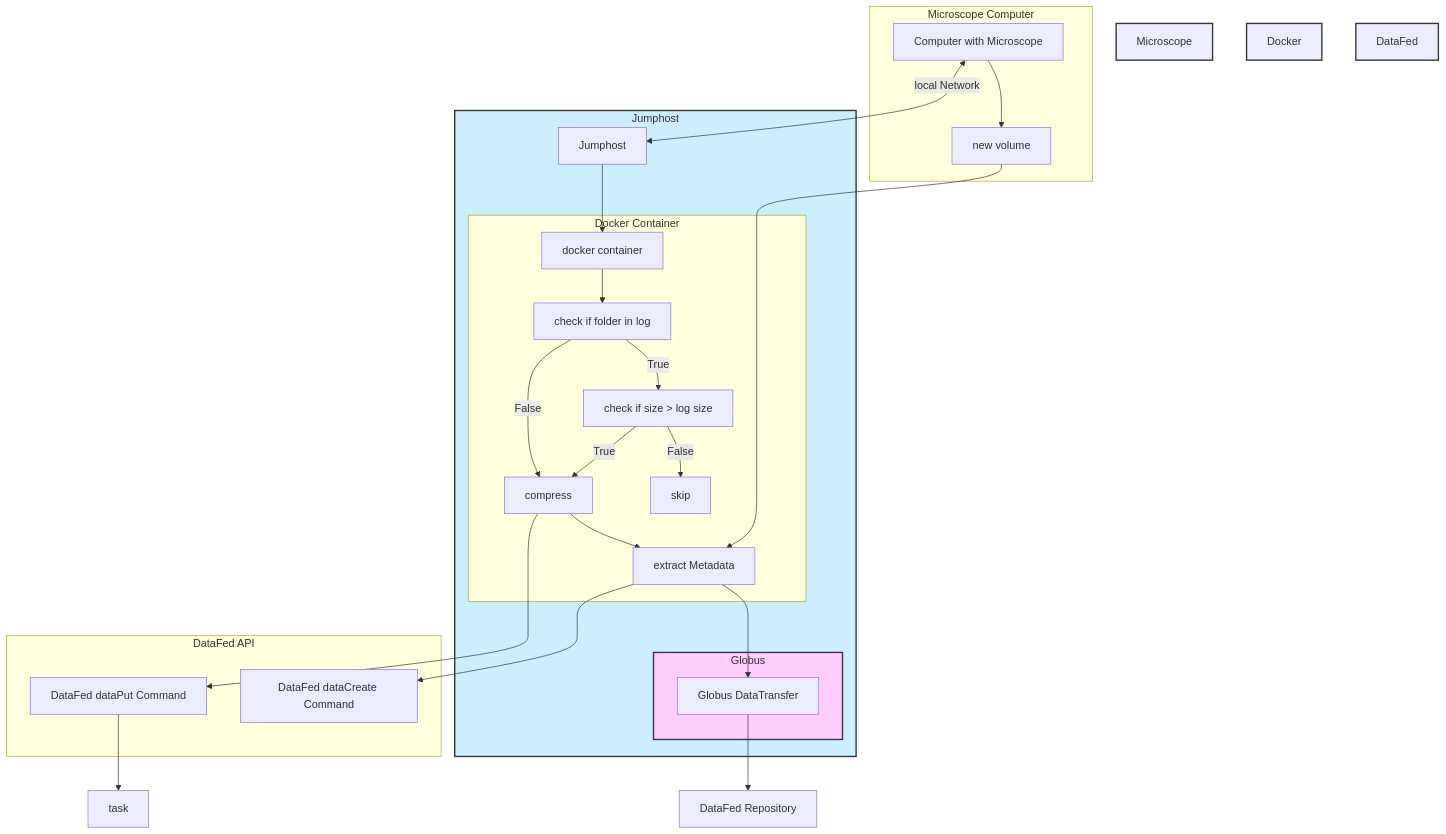
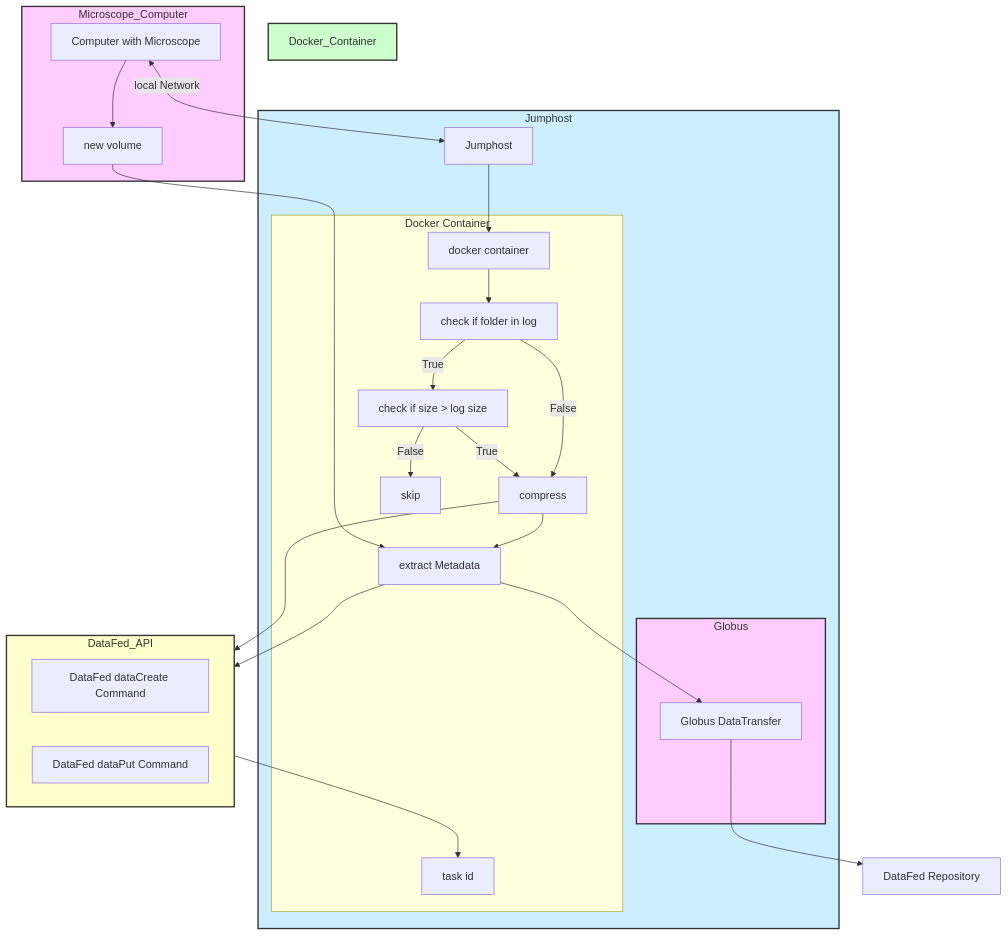
The diagram in docs/computational-flow.md (m3-learning/diatoms-to-datafed), drawn with Mermaid before and after one commit.

````diff
--- a/docs/computational-flow.md
+++ b/docs/computational-flow.md
@@ -2,42 +2,42 @@
 ```mermaid
 flowchart TD
-    subgraph Microscope Computer
-        style Microscope Computer fill:#ffccff,stroke:#333,stroke-width:2px
+    subgraph Microscope_Computer
+        style Microscope_Computer fill:#ffccff,stroke:#333,stroke-width:2px
         microscope_computer[Computer with Microscope] --> B[new volume]
     end
 
     subgraph Jumphost
         style Jumphost fill:#cceeff,stroke:#333,stroke-width:2px
         microscope_computer <-->|local Network| jumphost[Jumphost]
         jumphost --> docker_container[docker container]
 
         subgraph Docker Container
-            style Docker Container fill:#ccffcc,stroke:#333,stroke-width:2px
+            style Docker_Container fill:#ccffcc,stroke:#333,stroke-width:2px
             docker_container --> E[check if folder in log]
             E -->|True| F[check if size > log size]
             E -->|False| G[compress]
             F -->|False| I[skip]
             F -->|True| G
             G --> H[extract Metadata]
             B --> H
-
+            task[task id]
         end
 
         subgraph Globus
             style Globus fill:#ffccff,stroke:#333,stroke-width:2px
             H --> globus[Globus DataTransfer]
         end
     end
 
     globus --> repo[DataFed Repository]
 
-    subgraph DataFed API
-        style DataFed API fill:#ffffcc,stroke:#333,stroke-width:2px
+    subgraph DataFed_API
+        direction LR
+        style DataFed_API fill:#ffffcc,stroke:#333,stroke-width:2px
         H --> datafed1[DataFed dataCreate Command]
         G --> datafed2[DataFed dataPut Command]
     end
 
-    %% Explicit arrow from DataFed dataPut to task id
+    %% Explicit cross-subgraph arrow from dataPut Command to task id in Docker Container
     datafed2 --> task
-
 ```
````
